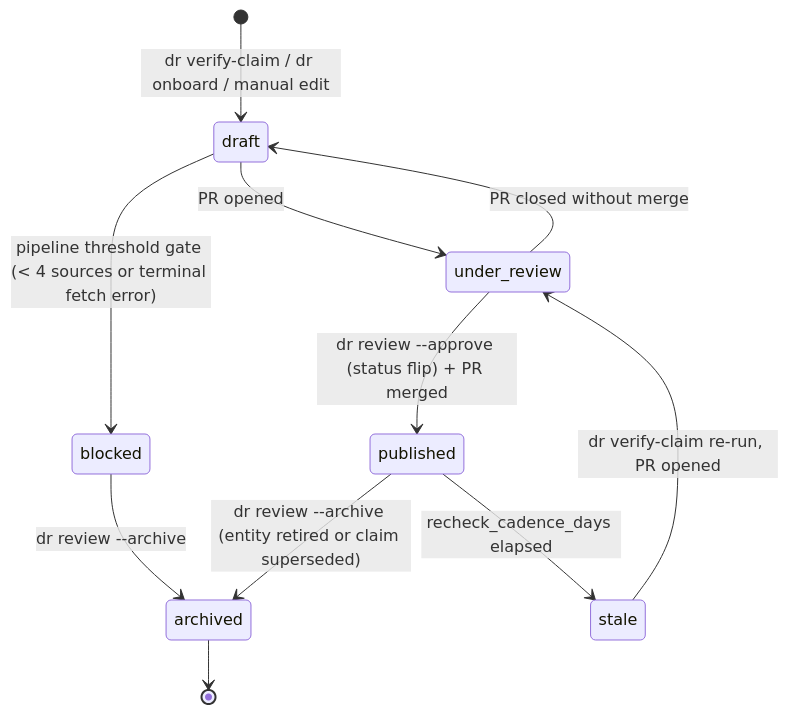
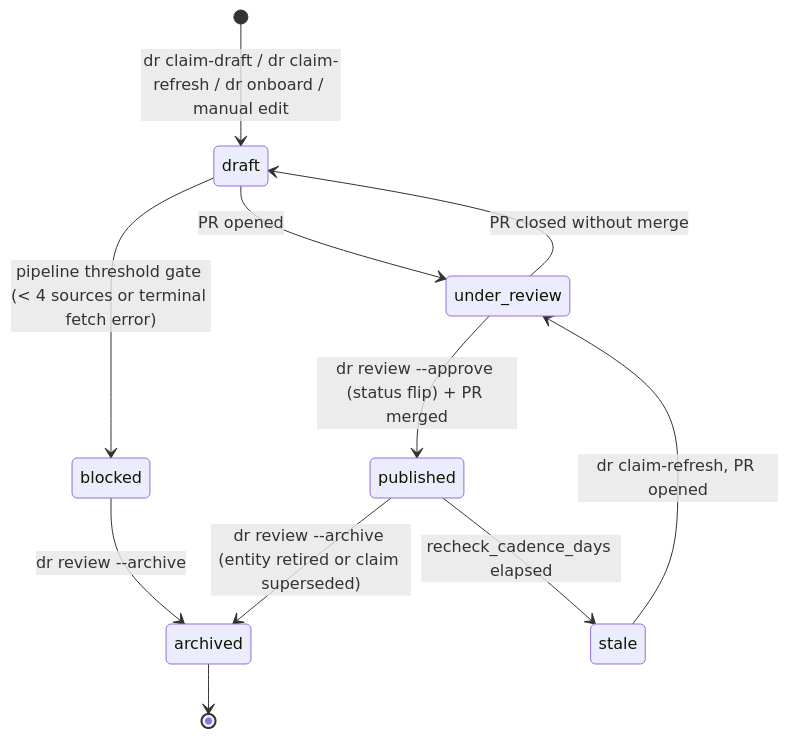
The first of 6 diagrams in docs/architecture/research-flow.md (dangerous-robot/site), drawn with Mermaid before and after one commit. The commit also changed other lines of this file and 13 other files, not shown here.

First line of the commit message:
feat(pipeline): claim-* command namespace; rename verify/verify-claim

````diff
--- a/docs/architecture/research-flow.md
+++ b/docs/architecture/research-flow.md
@@ -19,13 +19,13 @@
 ```mermaid
 stateDiagram-v2
-    [*] --> draft: dr verify-claim / dr onboard / manual edit
+    [*] --> draft: dr claim-draft / dr claim-refresh / dr onboard / manual edit
     draft --> blocked: pipeline threshold gate (< 4 sources or terminal fetch error)
     blocked --> archived: dr review --archive
     draft --> under_review: PR opened
     under_review --> draft: PR closed without merge
     under_review --> published: dr review --approve (status flip) + PR merged
     published --> stale: recheck_cadence_days elapsed
-    stale --> under_review: dr verify-claim re-run, PR opened
+    stale --> under_review: dr claim-refresh, PR opened
     published --> archived: dr review --archive (entity retired or claim superseded)
     archived --> [*]
 ```
````
